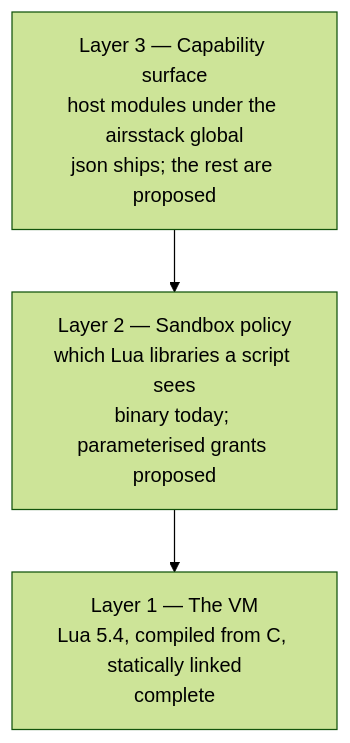
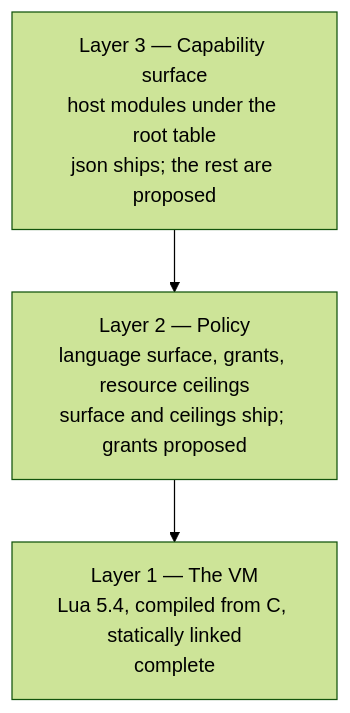
The diagram in crates/airsl/docs/architecture.md (rstlix0x0/airsstack), drawn with Mermaid (forest theme) before and after one commit. The commit also changed other lines of this file and 33 other files, not shown here.

````diff
--- a/crates/airsl/docs/architecture.md
+++ b/crates/airsl/docs/architecture.md
@@ -19,7 +19,7 @@
 ```mermaid
 graph TD
-    L3["Layer 3 — Capability surface<br/>host modules under the airsstack global<br/>json ships; the rest are proposed"]
-    L2["Layer 2 — Sandbox policy<br/>which Lua libraries a script sees<br/>binary today; parameterised grants proposed"]
+    L3["Layer 3 — Capability surface<br/>host modules under the root table<br/>json ships; the rest are proposed"]
+    L2["Layer 2 — Policy<br/>language surface, grants, resource ceilings<br/>surface and ceilings ship; grants proposed"]
     L1["Layer 1 — The VM<br/>Lua 5.4, compiled from C, statically linked<br/>complete"]
     L3 --> L2 --> L1
 ```
````
